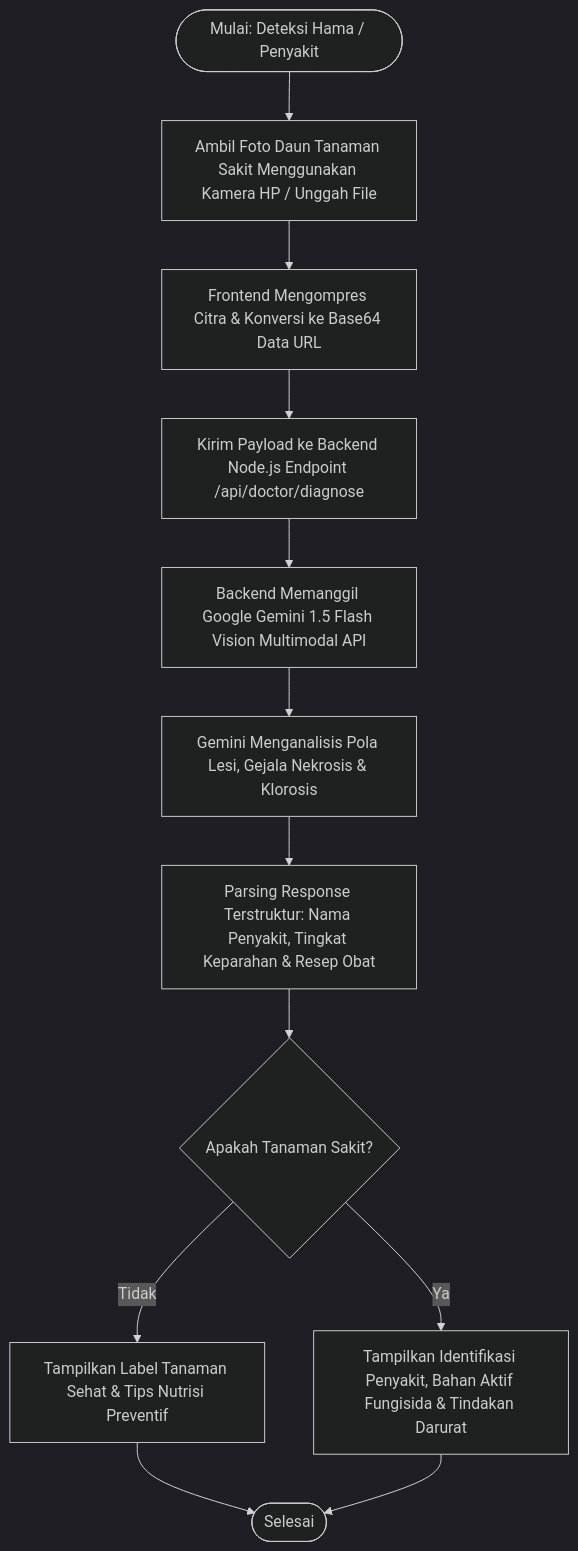
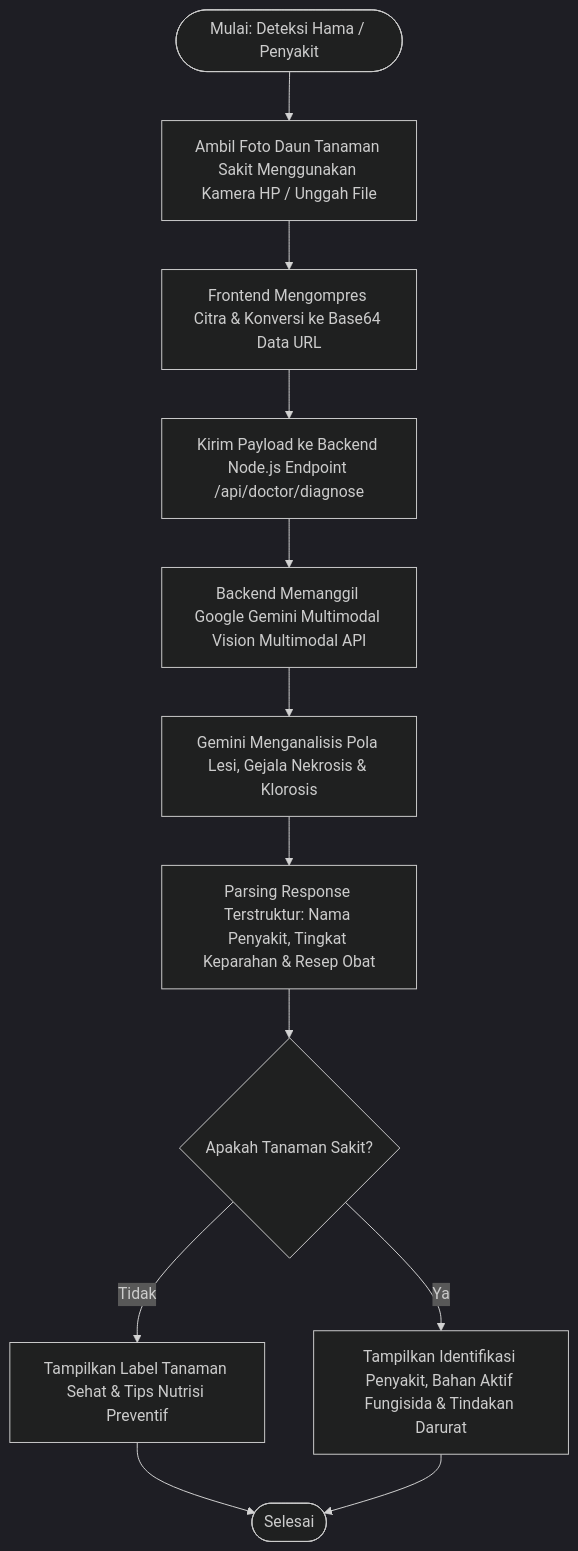
The fourth of 6 diagrams in FLOWCHART_AgriBuddy.md (ombay86/agribuddy), drawn with Mermaid (dark theme) before and after one commit. The commit also changed other lines of this file and 17 other files, not shown here.

Commit message:
feat(ai): terapkan mekanisme Auto-Discovery & moving alias gemini-flash-latest agar sistem selalu otomatis menggunakan model Gemini vision terbaru

````diff
--- a/FLOWCHART_AgriBuddy.md
+++ b/FLOWCHART_AgriBuddy.md
@@ -156,14 +156,14 @@
 ```mermaid
 flowchart TD
     S3([Mulai: Deteksi Hama / Penyakit]) --> SnapDoc[Ambil Foto Daun Tanaman Sakit Menggunakan Kamera HP / Unggah File]
     SnapDoc --> CompressImg[Frontend Mengompres Citra & Konversi ke Base64 Data URL]
     CompressImg --> PostVision[Kirim Payload ke Backend Node.js Endpoint /api/doctor/diagnose]
-    PostVision --> CallGemini[Backend Memanggil Google Gemini 1.5 Flash Vision Multimodal API]
+    PostVision --> CallGemini[Backend Memanggil Google Gemini Multimodal Vision Multimodal API]
     CallGemini --> GenDiagnosis[Gemini Menganalisis Pola Lesi, Gejala Nekrosis & Klorosis]
     GenDiagnosis --> ParseJSON[Parsing Response Terstruktur: Nama Penyakit, Tingkat Keparahan & Resep Obat]
     ParseJSON --> CheckHealthy{Apakah Tanaman Sakit?}
     CheckHealthy -- Tidak --> DispHealthy[Tampilkan Label Tanaman Sehat & Tips Nutrisi Preventif]
     CheckHealthy -- Ya --> DispDisease[Tampilkan Identifikasi Penyakit, Bahan Aktif Fungisida & Tindakan Darurat]
     DispHealthy --> End3([Selesai])
     DispDisease --> End3
 ```
````
